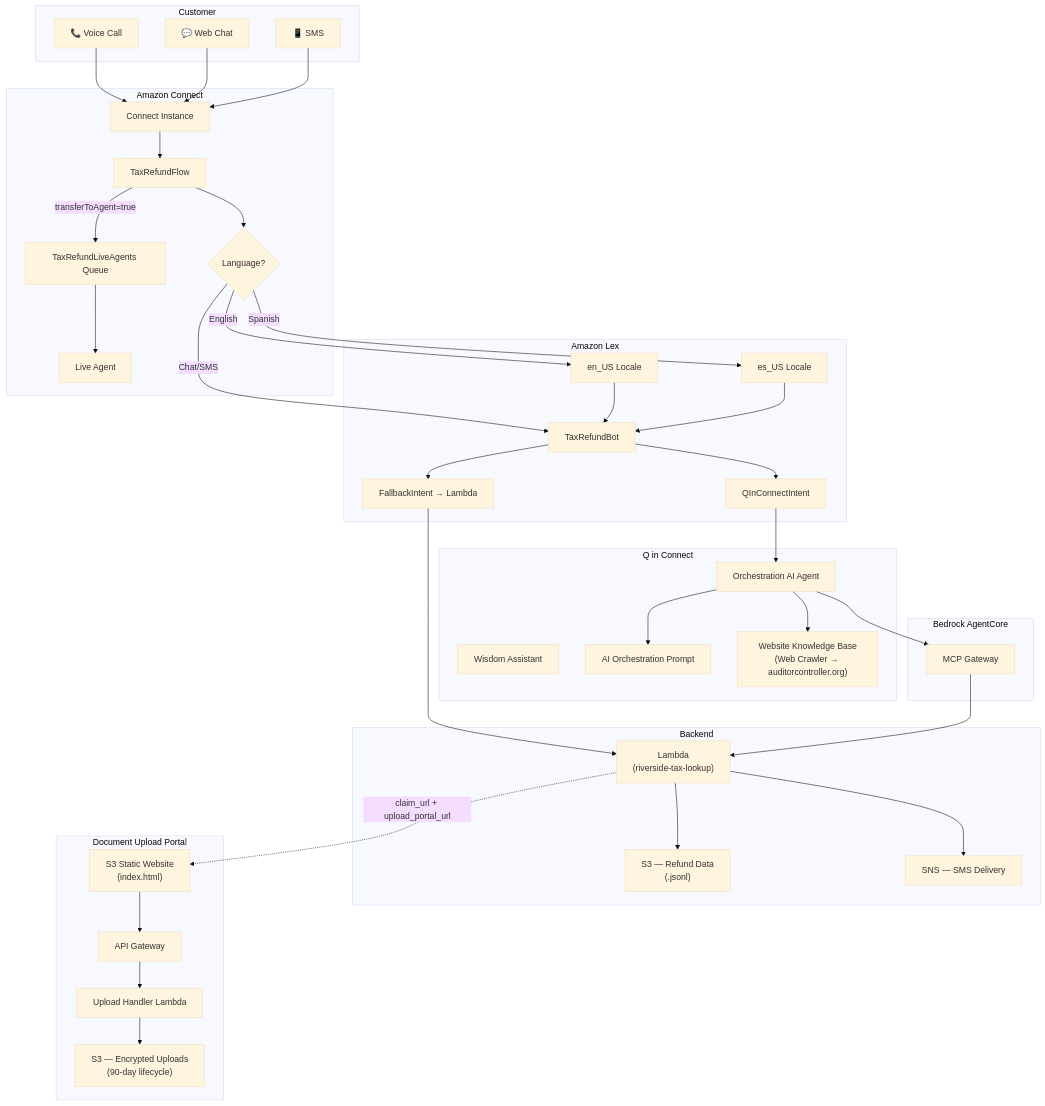
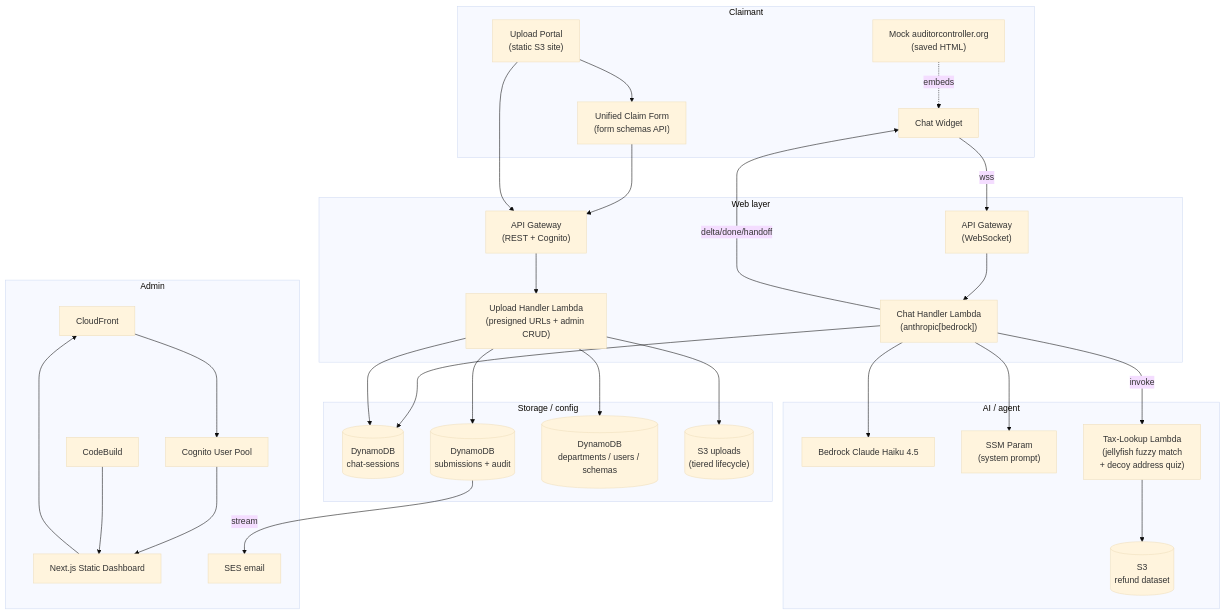
Before and after one commit to cal-poly-dxhub/rivco-tax-connect: the first of 2 diagrams in ARCHITECTURE.md, drawn with Mermaid (base theme). The commit also changed other lines of this file and 24 other files, not shown here.

First line of the commit message:
feat: replace Amazon Connect with Bedrock Claude over WebSocket (#16)

````diff
--- a/ARCHITECTURE.md
+++ b/ARCHITECTURE.md
@@ -3,73 +8,60 @@
 ```mermaid
 flowchart TB
-    subgraph Customer
-        Voice["📞 Voice Call"]
-        Chat["💬 Web Chat"]
-        SMS["📱 SMS"]
+    subgraph Claimant
+        Site["Mock auditorcontroller.org<br/>(saved HTML)"]
+        Portal["Upload Portal<br/>(static S3 site)"]
+        Widget["Chat Widget"]
+        Form["Unified Claim Form<br/>(form schemas API)"]
     end
 
-    subgraph Connect["Amazon Connect"]
-        Instance["Connect Instance"]
-        Flow["TaxRefundFlow"]
-        LangSelect{"Language?"}
-        Queue["TaxRefundLiveAgents Queue"]
-        Agent["Live Agent"]
+    subgraph Web[Web layer]
+        WS["API Gateway<br/>(WebSocket)"]
+        REST["API Gateway<br/>(REST + Cognito)"]
+        ChatFn["Chat Handler Lambda<br/>(anthropic[bedrock])"]
+        UploadFn["Upload Handler Lambda<br/>(presigned URLs + admin CRUD)"]
     end
 
-    subgraph Lex["Amazon Lex"]
-        Bot["TaxRefundBot"]
-        EN["en_US Locale"]
-        ES["es_US Locale"]
-        Fallback["FallbackIntent → Lambda"]
-        QIntent["QInConnectIntent"]
+    subgraph AI[AI / agent]
+        Claude["Bedrock Claude Haiku 4.5"]
+        SSM["SSM Param<br/>(system prompt)"]
+        LookupFn["Tax-Lookup Lambda<br/>(jellyfish fuzzy match<br/>+ decoy address quiz)"]
+        S3Data[("S3<br/>refund dataset")]
     end
 
-    subgraph QConnect["Q in Connect"]
-        Assistant["Wisdom Assistant"]
-        AIAgent["Orchestration AI Agent"]
-        Prompt["AI Orchestration Prompt"]
-        KB["Website Knowledge Base\n(Web Crawler → auditorcontroller.org)"]
+    subgraph Storage[Storage / config]
+        ChatTable[("DynamoDB<br/>chat-sessions")]
+        AppTable[("DynamoDB<br/>submissions + audit")]
+        ConfigTable[("DynamoDB<br/>departments / users / schemas")]
+        Uploads[("S3 uploads<br/>(tiered lifecycle)")]
     end
 
-    subgraph AgentCore["Bedrock AgentCore"]
-        Gateway["MCP Gateway"]
+    subgraph Admin[Admin]
+        CF["CloudFront"]
+        Cognito["Cognito User Pool"]
+        Build["CodeBuild"]
+        Dash["Next.js Static Dashboard"]
+        SES["SES email"]
     end
 
-    subgraph Backend["Backend"]
-        Lambda["Lambda\n(riverside-tax-lookup)"]
-        S3Data["S3 — Refund Data\n(.jsonl)"]
-        SNS["SNS — SMS Delivery"]
-    end
-
-    subgraph Upload["Document Upload Portal"]
-        Portal["S3 Static Website\n(index.html)"]
-        APIGW["API Gateway"]
-        UploadFn["Upload Handler Lambda"]
-        UploadS3["S3 — Encrypted Uploads\n(90-day lifecycle)"]
-    end
-
-    Voice --> Instance
-    Chat --> Instance
-    SMS --> Instance
-    Instance --> Flow
-    Flow --> LangSelect
-    LangSelect -->|English| EN
-    LangSelect -->|Spanish| ES
-    LangSelect -->|Chat/SMS| Bot
-    EN --> Bot
-    ES --> Bot
-    Bot --> QIntent
-    Bot --> Fallback
-    QIntent --> AIAgent
-    Fallback --> Lambda
-    AIAgent --> Prompt
-    AIAgent --> KB
-    AIAgent --> Gateway
-    Gateway --> Lambda
-    Lambda --> S3Data
-    Lambda --> SNS
-    Flow -->|"transferToAgent=true"| Queue --> Agent
-
-    Lambda -.->|"claim_url + upload_portal_url"| Portal
-    Portal --> APIGW --> UploadFn --> UploadS3
+    Site -.embeds.-> Widget
+    Portal --> Form
+    Widget -- wss --> WS --> ChatFn
+    ChatFn --> Claude
+    ChatFn --> SSM
+    ChatFn -- invoke --> LookupFn
+    LookupFn --> S3Data
+    ChatFn -- delta/done/handoff --> Widget
+    ChatFn --> ChatTable
+    Form --> REST
+    Portal --> REST
+    REST --> UploadFn
+    UploadFn --> AppTable
+    UploadFn --> ConfigTable
+    UploadFn --> ChatTable
+    UploadFn --> Uploads
+    AppTable -- stream --> SES
+    Dash --> CF
+    CF --> Cognito
+    Cognito --> Dash
+    Build --> Dash
 ```
````
